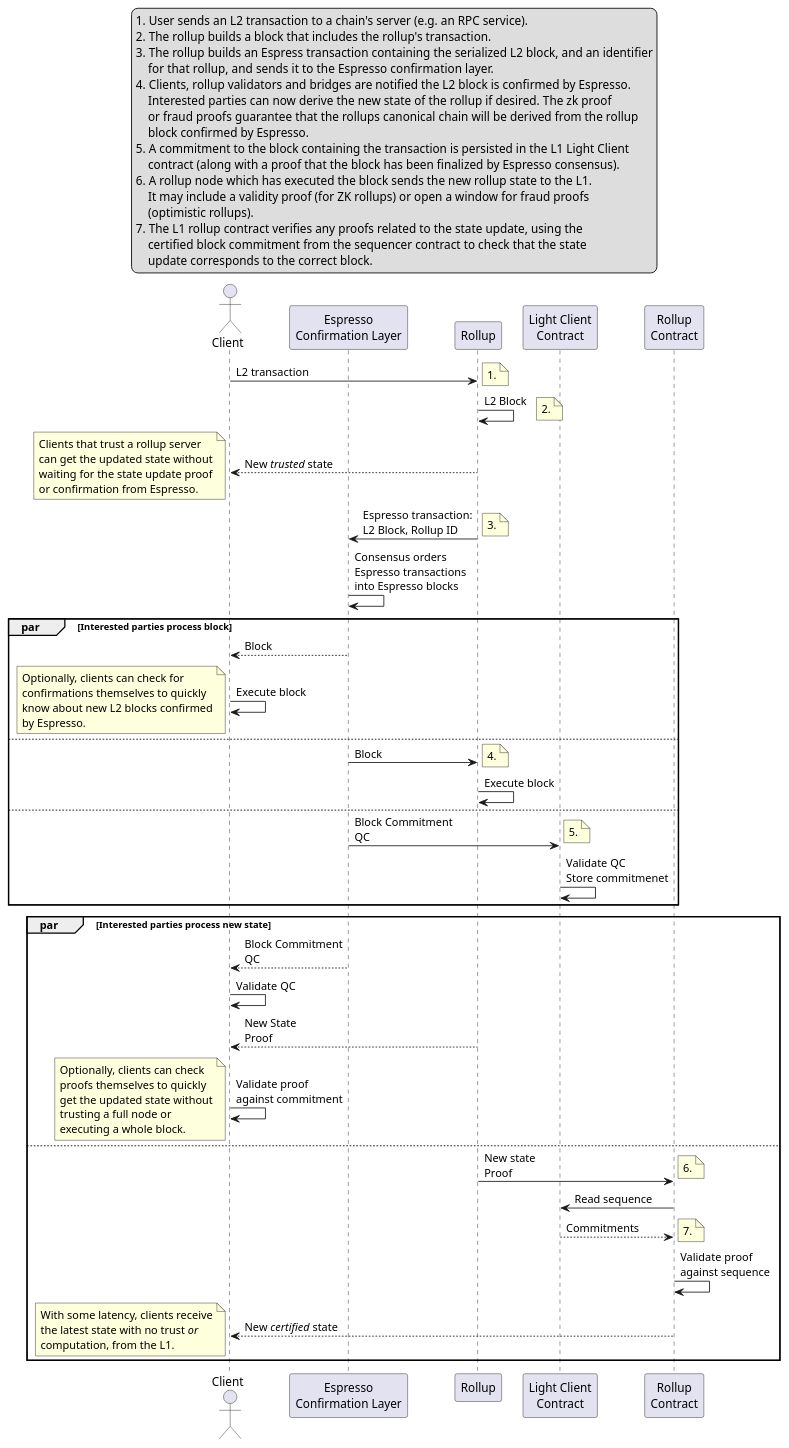
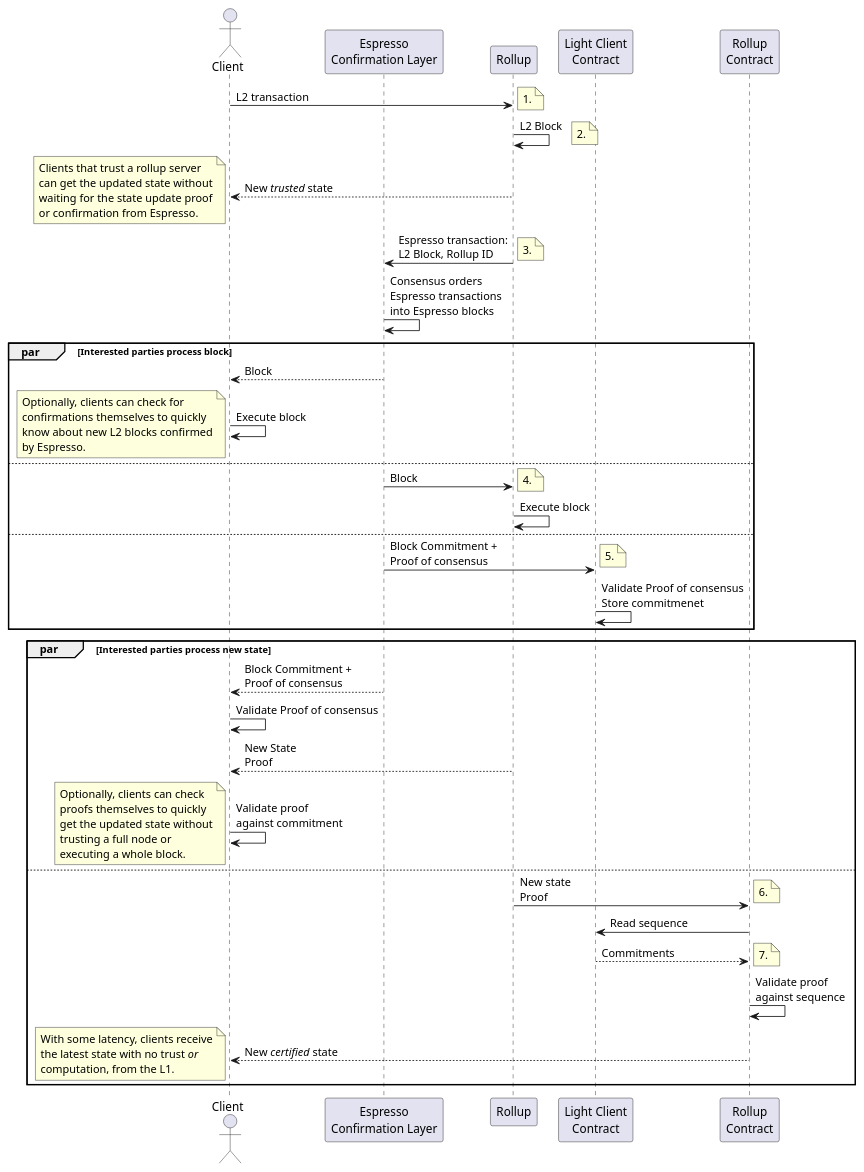
Before and after one commit to EspressoSystems/espresso-sequencer: the diagram in doc/sequence-diagram-simplified.puml, drawn with PlantUML. The commit also changed 14 other files, not shown here.

First line of the commit message:
doc: sequencer node -> espresso node

```diff
--- a/doc/sequence-diagram-simplified.puml
+++ b/doc/sequence-diagram-simplified.puml
@@ -1,117 +1,97 @@
 @startuml
 actor Client
 participant "Espresso\nConfirmation Layer" as Esp
 participant Rollup as L2
 participant "Light Client\nContract" as LC
 participant "Rollup\nContract" as L2_L1
 
 Client -> L2 : L2 transaction
 note right
 1.
 end note
 
 L2 -> L2: L2 Block
 note right
 2.
 end note
 
 Client <-- L2 : New <i>trusted</i> state
 note left
 Clients that trust a rollup server
 can get the updated state without
 waiting for the state update proof
 or confirmation from Espresso.
 end note
 
 L2 -> Esp : Espresso transaction:\nL2 Block, Rollup ID
 note right
 3.
 end note
 
 Esp -> Esp : Consensus orders\nEspresso transactions\ninto Espresso blocks
 
 par Interested parties process block
 
 Client <-- Esp : Block
 Client -> Client : Execute block
 note left
 Optionally, clients can check for
 confirmations themselves to quickly
 know about new L2 blocks confirmed
 by Espresso.
 end note
 
 else
 
 Esp -> L2 : Block
 note right
 4.
 end note
 L2 -> L2 : Execute block
 
 else
 
-Esp -> LC : Block Commitment\nQC
+Esp -> LC : Block Commitment +\nProof of consensus
 note right
 5.
 end note
-LC -> LC: Validate QC\nStore commitmenet
+LC -> LC: Validate Proof of consensus\nStore commitmenet
 
 end
 
 par Interested parties process new state
 
-Client <-- Esp : Block Commitment\nQC
-Client -> Client : Validate QC
+Client <-- Esp : Block Commitment +\nProof of consensus
+Client -> Client : Validate Proof of consensus
 Client <-- L2 : New State\nProof
 Client -> Client : Validate proof\nagainst commitment
 note left
 Optionally, clients can check
 proofs themselves to quickly
 get the updated state without
 trusting a full node or
 executing a whole block.
 end note
 
 
 else
 
 L2 -> L2_L1 : New state\nProof
 note right
 6.
 end note
 L2_L1 -> LC : Read sequence
 L2_L1 <-- LC: Commitments
 note right
 7.
 end note
 L2_L1 -> L2_L1 : Validate proof\nagainst sequence
 Client <-- L2_L1 : New <i>certified</i> state
 note left
 With some latency, clients receive
 the latest state with no trust <i>or</i>
 computation, from the L1.
 end note
 
 end
-
-legend top
-    1. User sends an L2 transaction to a chain's server (e.g. an RPC service).
-    2. The rollup builds a block that includes the rollup's transaction.
-    3. The rollup builds an Espress transaction containing the serialized L2 block, and an identifier
-        for that rollup, and sends it to the Espresso confirmation layer.
-    4. Clients, rollup validators and bridges are notified the L2 block is confirmed by Espresso.
-        Interested parties can now derive the new state of the rollup if desired. The zk proof
-        or fraud proofs guarantee that the rollups canonical chain will be derived from the rollup
-        block confirmed by Espresso.
-    5. A commitment to the block containing the transaction is persisted in the L1 Light Client
-        contract (along with a proof that the block has been finalized by Espresso consensus).
-    6. A rollup node which has executed the block sends the new rollup state to the L1.
-        It may include a validity proof (for ZK rollups) or open a window for fraud proofs
-        (optimistic rollups).
-    7. The L1 rollup contract verifies any proofs related to the state update, using the
-        certified block commitment from the sequencer contract to check that the state
-        update corresponds to the correct block.
-endlegend
-
 @enduml
```
